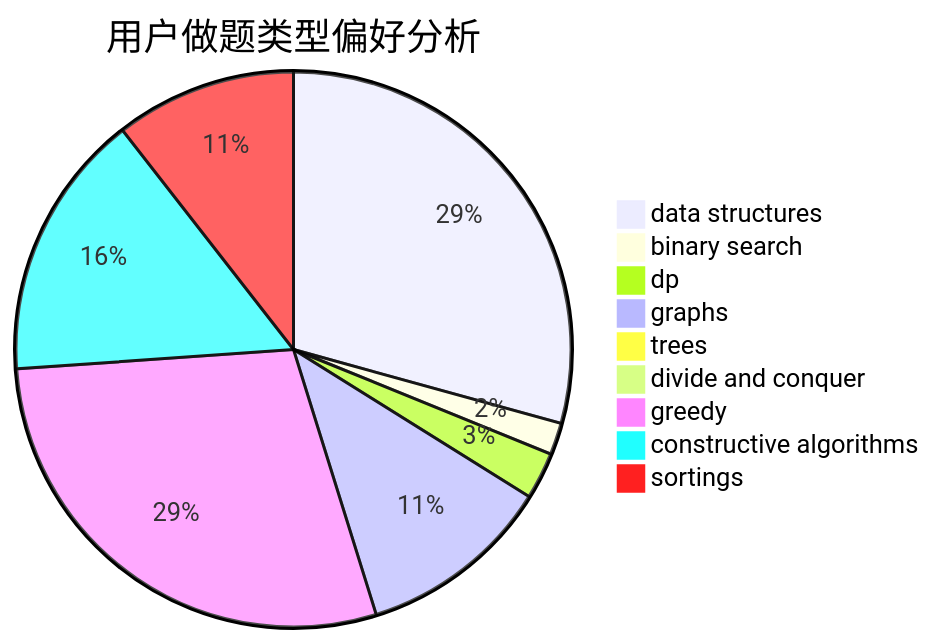
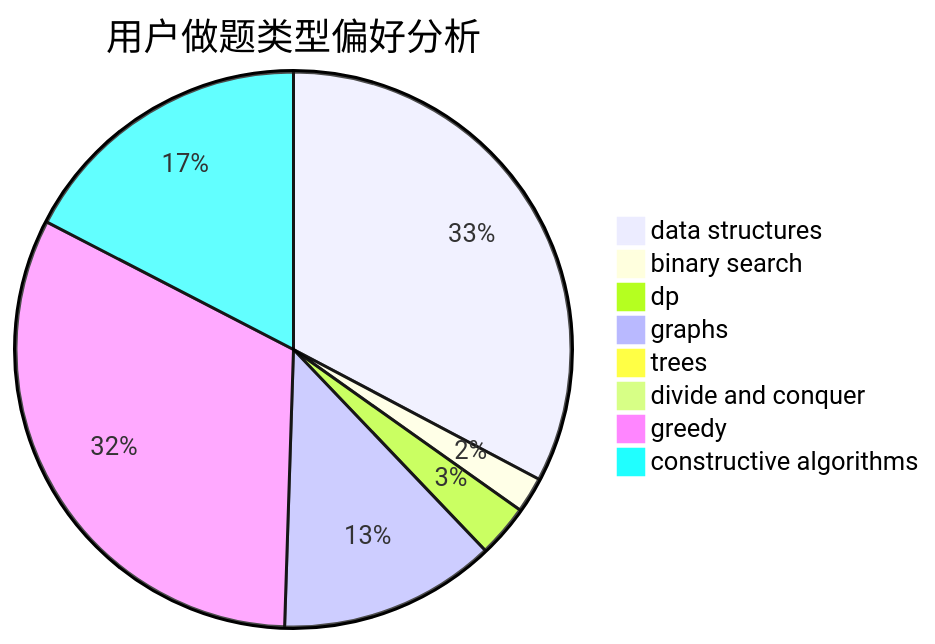
The second of 3 diagrams in docs/user/u921.md (sherpahu/cfrs.github.io), drawn with Mermaid before and after one commit. The commit also changed other lines of this file and 2769 other files, not shown here.

````diff
--- a/docs/user/u921.md
+++ b/docs/user/u921.md
@@ -18,12 +18,11 @@
 ```mermaid
 pie title 用户做题类型偏好分析
     "data structures" :  995
     "binary search" :  63
     "dp" :  93
     "graphs" :  384
     "trees" :  9
     "divide and conquer" :  0
     "greedy" :  975
     "constructive algorithms" :  529
-    "sortings" :  358
 ```
````
